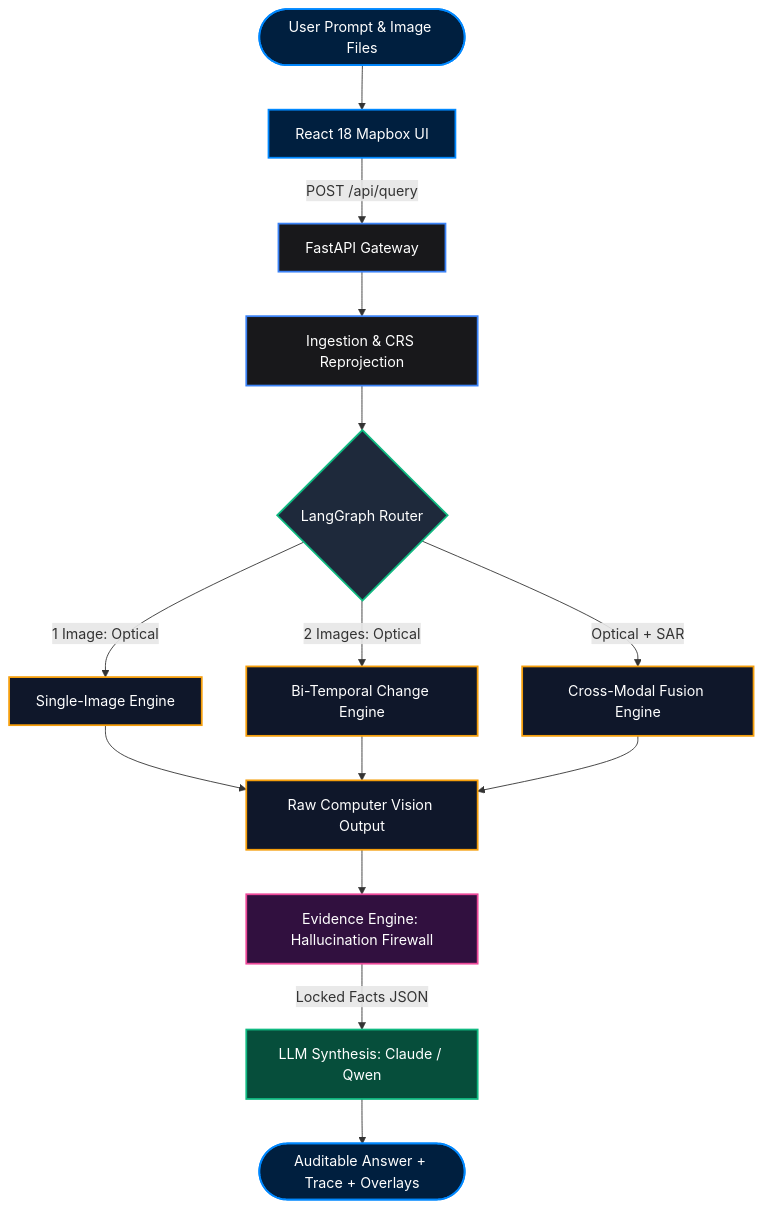
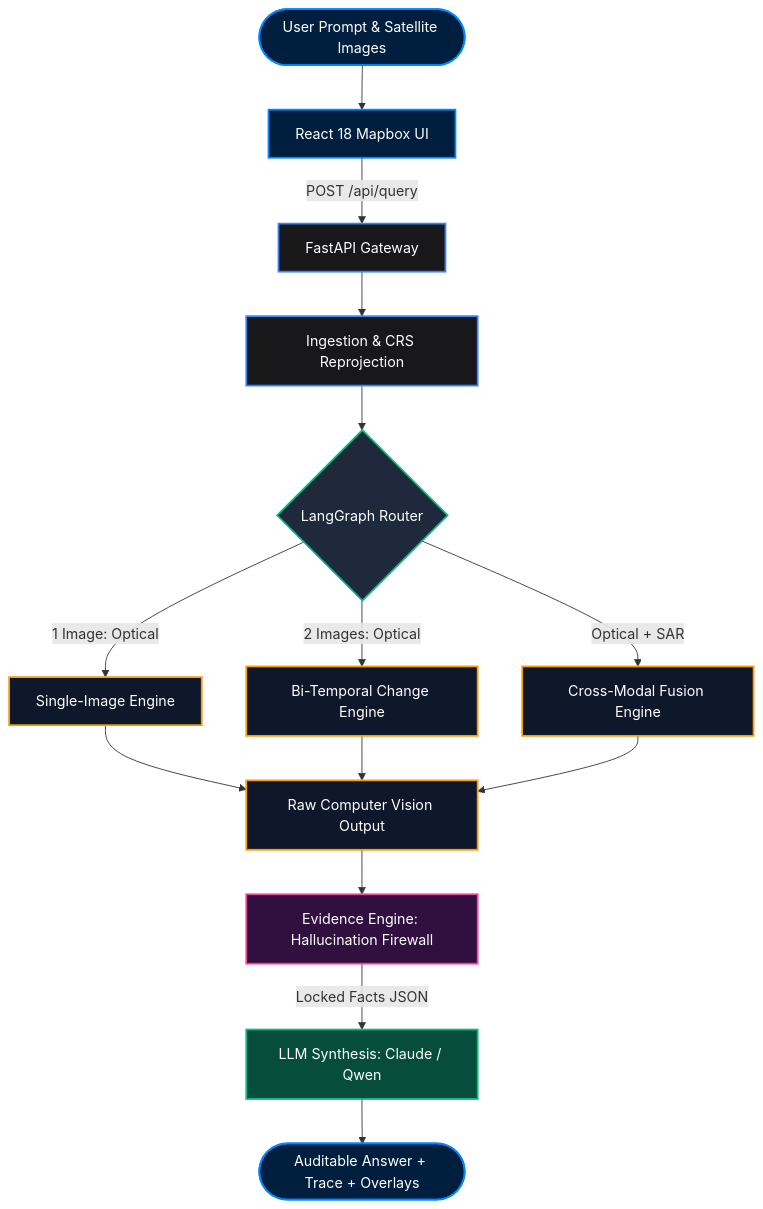
One commit to shuryansmishra/shi2026 changed the first of 3 diagrams in README.md. Above: the diagram before and after it, drawn with Mermaid. The commit also changed other lines of this file, not shown here.

````diff
--- a/README.md
+++ b/README.md
@@ -153,26 +200,26 @@
 ```mermaid
 graph TD
     classDef client fill:#001f3f,stroke:#0088FF,stroke-width:2px,color:#fff;
     classDef gateway fill:#18181B,stroke:#3B82F6,stroke-width:2px,color:#fff;
     classDef router fill:#1E293B,stroke:#10B981,stroke-width:2px,color:#fff;
     classDef engine fill:#0F172A,stroke:#F59E0B,stroke-width:2px,color:#fff;
     classDef evidence fill:#31103F,stroke:#EC4899,stroke-width:2px,color:#fff;
     classDef llm fill:#064E3B,stroke:#10B981,stroke-width:2px,color:#fff;
 
-    User([User Prompt & Image Files]):::client --> Frontend[React 18 Mapbox UI]:::client
+    User([User Prompt & Satellite Images]):::client --> Frontend[React 18 Mapbox UI]:::client
     Frontend -->|POST /api/query| API[FastAPI Gateway]:::gateway
     API --> Ingest[Ingestion & CRS Reprojection]:::gateway
     Ingest --> Router{LangGraph Router}:::router
 
     Router -->|1 Image: Optical| VQA[Single-Image Engine]:::engine
     Router -->|2 Images: Optical| Change[Bi-Temporal Change Engine]:::engine
     Router -->|Optical + SAR| Fusion[Cross-Modal Fusion Engine]:::engine
 
     VQA --> Raw[Raw Computer Vision Output]:::engine
     Change --> Raw
     Fusion --> Raw
 
     Raw --> Firewall[Evidence Engine: Hallucination Firewall]:::evidence
     Firewall -->|Locked Facts JSON| Synthesis[LLM Synthesis: Claude / Qwen]:::llm
     Synthesis --> Response([Auditable Answer + Trace + Overlays]):::client
 ```
````
